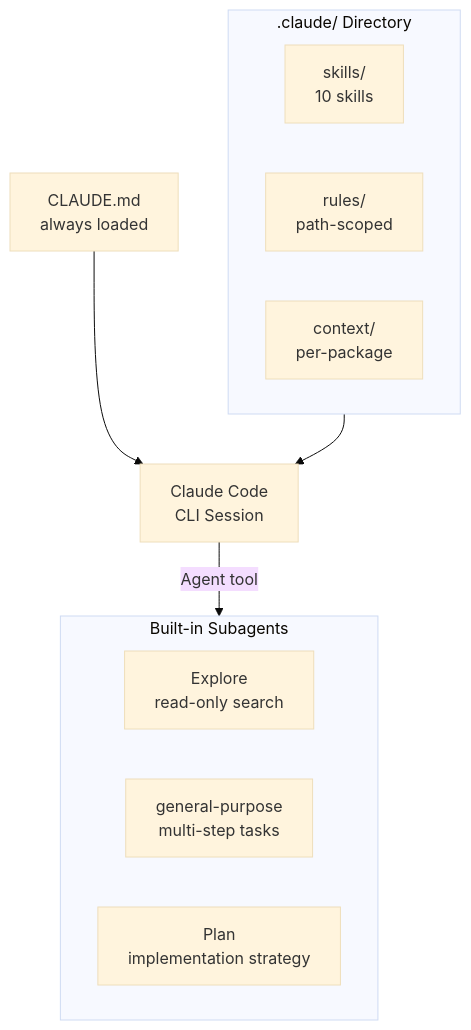
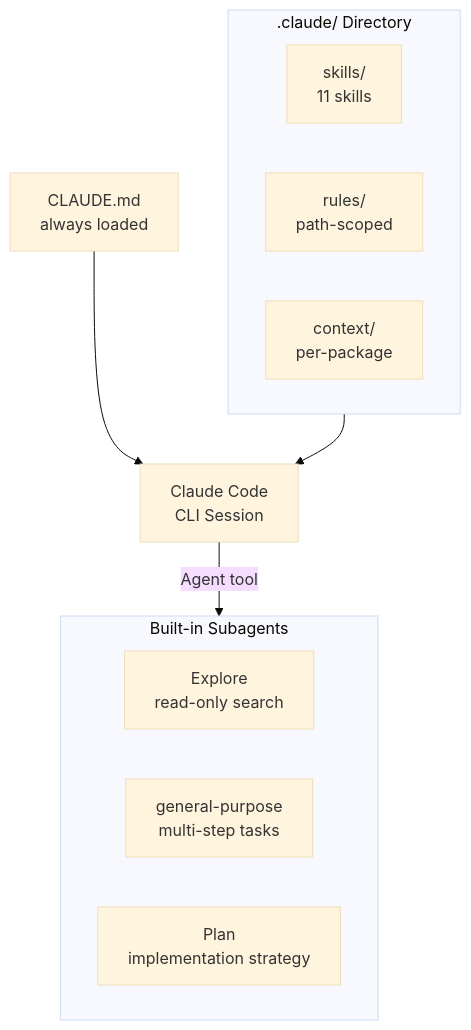
The diagram in docs/docs/builders/agentic/claude-code.mdx (greenpill-dev-guild/green-goods), drawn with Mermaid (base theme) before and after one commit. The commit also changed other lines of this file and 9 other files, not shown here.

````diff
--- a/docs/docs/builders/agentic/claude-code.mdx
+++ b/docs/docs/builders/agentic/claude-code.mdx
@@ -21,19 +21,19 @@
 ```mermaid
 graph TB
     subgraph Config[".claude/ Directory"]
-        Skills["skills/\n10 skills"]
+        Skills["skills/\n11 skills"]
         Rules["rules/\npath-scoped"]
         Context["context/\nper-package"]
     end
 
     CLAUDE["CLAUDE.md\nalways loaded"] --> Session["Claude Code\nCLI Session"]
     Config --> Session
 
     subgraph Subagents["Built-in Subagents"]
         Explore["Explore\nread-only search"]
         General["general-purpose\nmulti-step tasks"]
         PlanAgent["Plan\nimplementation strategy"]
     end
 
     Session -->|Agent tool| Subagents
 ```
````
